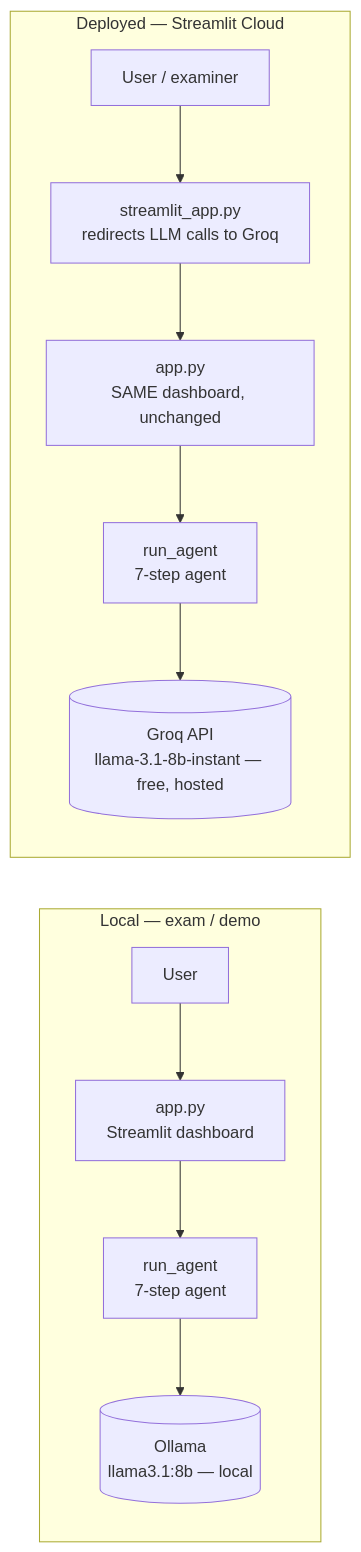
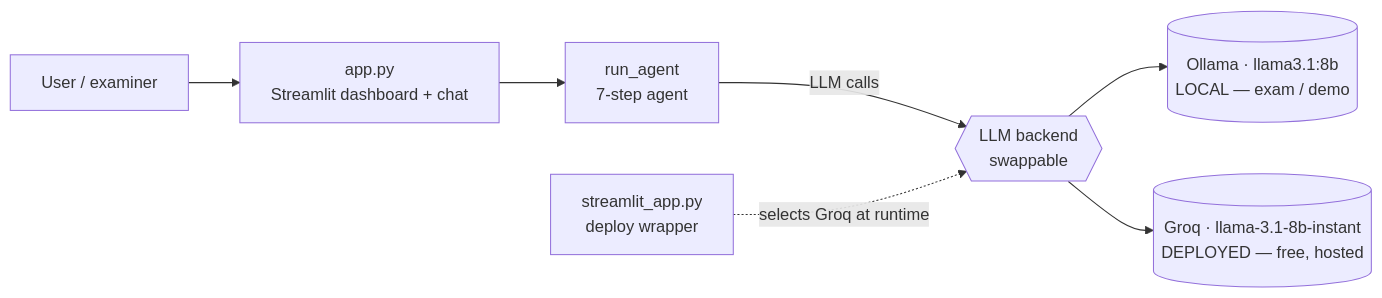
One commit to Nihalpujari/AI-CEO-Strategic-Intelligence-Agent-Lufthansa-airlines changed the third of 3 diagrams in README.md. Above: the diagram before and after it, drawn with Mermaid. The commit also changed other lines of this file, not shown here.

````diff
--- a/README.md
+++ b/README.md
@@ -406,17 +406,10 @@
 ```mermaid
 flowchart LR
-    subgraph LOCAL[Local — exam / demo]
-        direction TB
-        U1[User] --> A1[app.py<br/>Streamlit dashboard]
-        A1 --> AG1[run_agent<br/>7-step agent]
-        AG1 --> OL[(Ollama<br/>llama3.1:8b — local)]
-    end
+    U[User / examiner] --> APP[app.py<br/>Streamlit dashboard + chat]
+    APP --> AG[run_agent<br/>7-step agent]
+    AG -->|LLM calls| BACKEND{{LLM backend<br/>swappable}}
+    BACKEND --> OL[(Ollama · llama3.1:8b<br/>LOCAL — exam / demo)]
+    BACKEND --> GQ[(Groq · llama-3.1-8b-instant<br/>DEPLOYED — free, hosted)]
 
-    subgraph CLOUD[Deployed — Streamlit Cloud]
-        direction TB
-        U2[User / examiner] --> SA[streamlit_app.py<br/>redirects LLM calls to Groq]
-        SA --> A2[app.py<br/>SAME dashboard, unchanged]
-        A2 --> AG2[run_agent<br/>7-step agent]
-        AG2 --> GQ[(Groq API<br/>llama-3.1-8b-instant — free, hosted)]
-    end
+    SA[streamlit_app.py<br/>deploy wrapper] -. selects Groq at runtime .-> BACKEND
 ```
````
